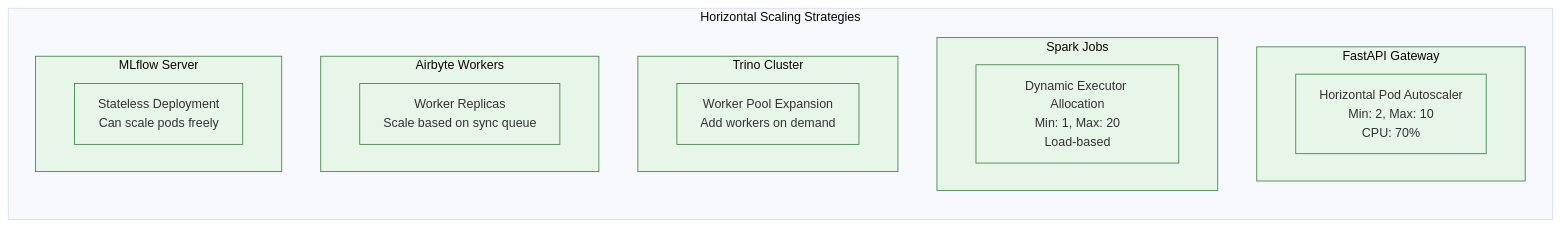
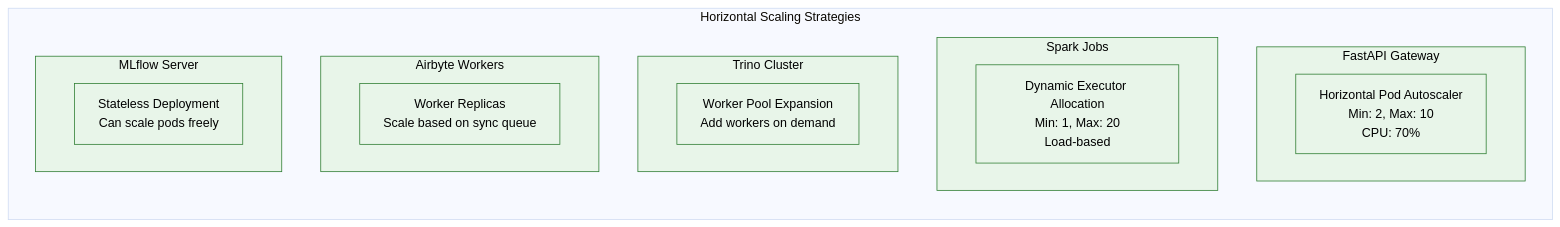
Diagram 19 of 19 in docs/COMPLETE_ARCHITECTURE.md (snowcell-cloud/asgard), drawn with Mermaid (base theme) before and after one commit. The commit also changed other lines of this file, not shown here.

Commit message:
fix: Update mermaid class definitions for consistent color styling in COMPLETE_ARCHITECTURE.md

````diff
--- a/docs/COMPLETE_ARCHITECTURE.md
+++ b/docs/COMPLETE_ARCHITECTURE.md
@@ -1322,27 +1322,27 @@
 ```mermaid
 flowchart LR
     subgraph Scaling["Horizontal Scaling Strategies"]
         subgraph API["FastAPI Gateway"]
             HPA1[Horizontal Pod Autoscaler\nMin: 2, Max: 10\nCPU: 70%]
         end
 
         subgraph Spark["Spark Jobs"]
             Dynamic[Dynamic Executor Allocation\nMin: 1, Max: 20\nLoad-based]
         end
 
         subgraph Trino["Trino Cluster"]
             Workers[Worker Pool Expansion\nAdd workers on demand]
         end
 
         subgraph Airbyte["Airbyte Workers"]
             Replicas[Worker Replicas\nScale based on sync queue]
         end
 
         subgraph MLflow["MLflow Server"]
             Stateless[Stateless Deployment\nCan scale pods freely]
         end
     end
 
-    classDef scaleStyle fill:#e8f5e9,stroke:#2e7d32
+    classDef scaleStyle fill:#e8f5e9,stroke:#2e7d32,color:#000
     class API,Spark,Trino,Airbyte,MLflow,HPA1,Dynamic,Workers,Replicas,Stateless scaleStyle
 ```
````
